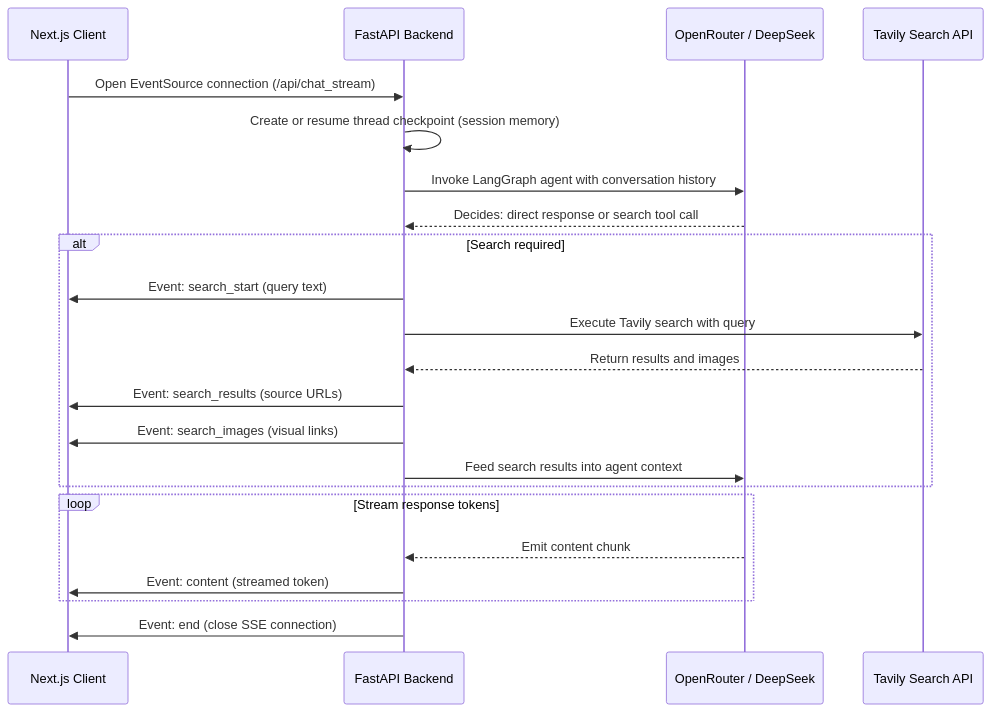
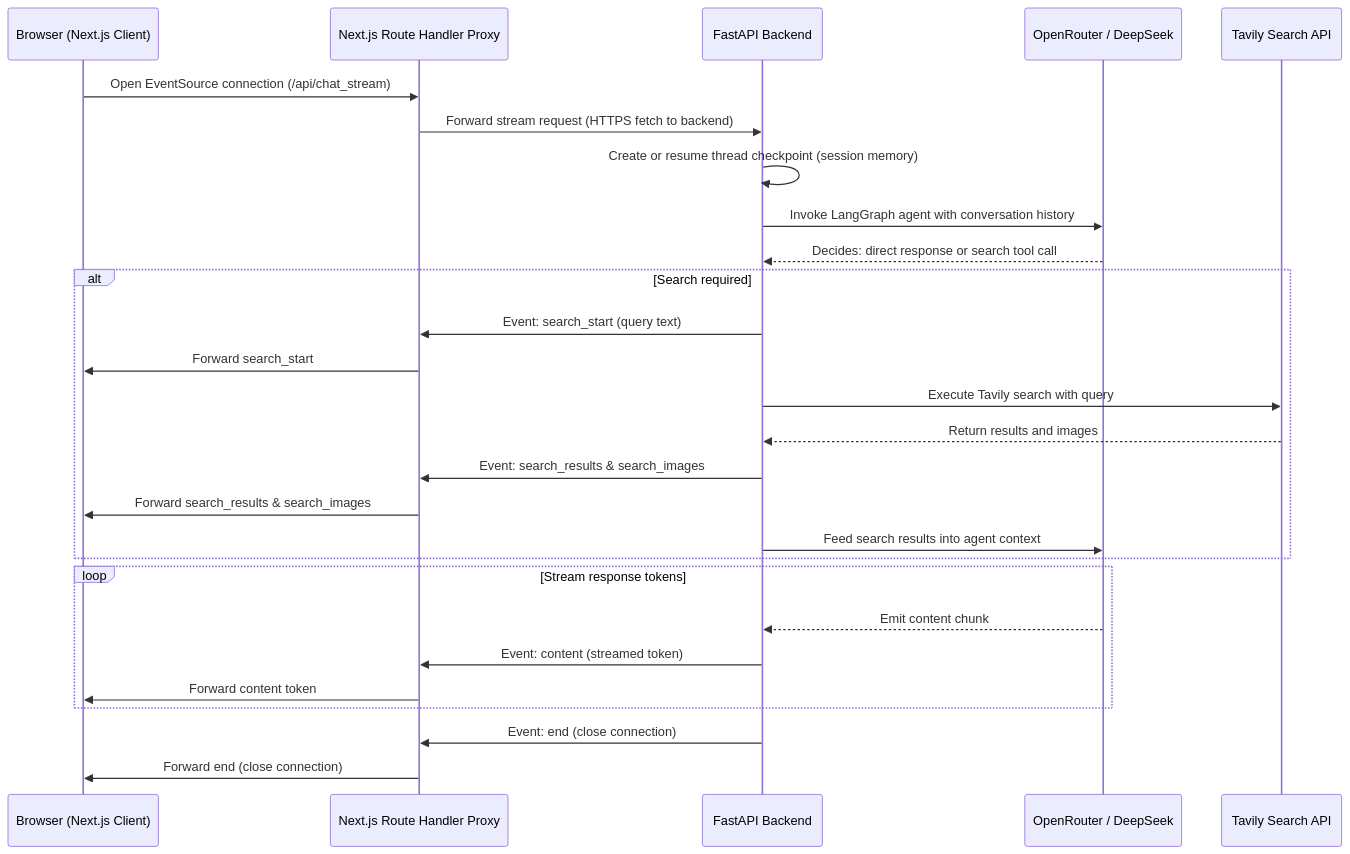
One commit to Areshi001/Web-ScrapChat changed the diagram in README.md. Above: the diagram before and after it, drawn with Mermaid. The commit also changed other lines of this file, not shown here.

Commit message:
docs: update README SSE section to reflect the Next.js Route Handler Proxy connection flow

````diff
--- a/README.md
+++ b/README.md
@@ -45,28 +46,33 @@
 ```mermaid
 sequenceDiagram
-    participant UI as Next.js Client
+    participant UI as Browser (Next.js Client)
+    participant Proxy as Next.js Route Handler Proxy
     participant API as FastAPI Backend
     participant LLM as OpenRouter / DeepSeek
     participant Tool as Tavily Search API
 
-    UI->>API: Open EventSource connection (/api/chat_stream)
+    UI->>Proxy: Open EventSource connection (/api/chat_stream)
+    Proxy->>API: Forward stream request (HTTPS fetch to backend)
     API->>API: Create or resume thread checkpoint (session memory)
     API->>LLM: Invoke LangGraph agent with conversation history
     LLM-->>API: Decides: direct response or search tool call
 
     alt Search required
-        API->>UI: Event: search_start (query text)
+        API->>Proxy: Event: search_start (query text)
+        Proxy->>UI: Forward search_start
         API->>Tool: Execute Tavily search with query
         Tool-->>API: Return results and images
-        API->>UI: Event: search_results (source URLs)
-        API->>UI: Event: search_images (visual links)
+        API->>Proxy: Event: search_results & search_images
+        Proxy->>UI: Forward search_results & search_images
         API->>LLM: Feed search results into agent context
     end
 
     loop Stream response tokens
         LLM-->>API: Emit content chunk
-        API->>UI: Event: content (streamed token)
+        API->>Proxy: Event: content (streamed token)
+        Proxy->>UI: Forward content token
     end
 
-    API->>UI: Event: end (close SSE connection)
+    API->>Proxy: Event: end (close connection)
+    Proxy->>UI: Forward end (close connection)
 ```
````
